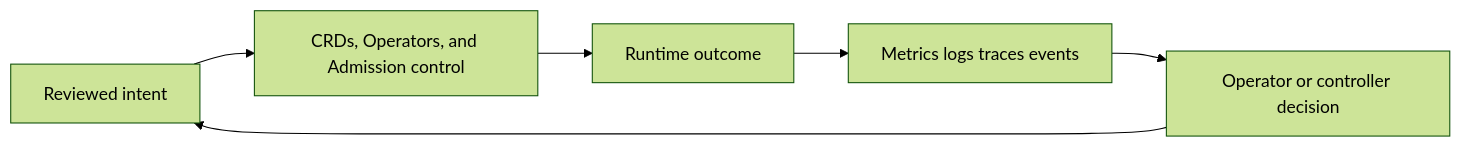
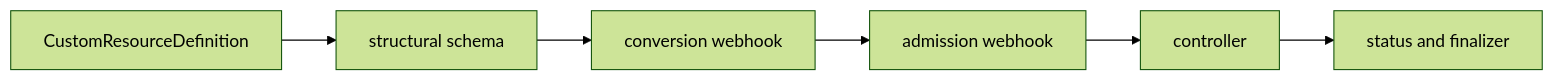
One commit to m1mohamad/devops-sre-prep changed the diagram in docs/study/kubernetes/07-crds-operators-and-admission.md. Above: the diagram before and after it, drawn with Mermaid (forest theme). The commit also changed other lines of this file and 61 other files, not shown here.

Commit message:
Replace generic architecture and study templates

````diff
--- a/docs/study/kubernetes/07-crds-operators-and-admission.md
+++ b/docs/study/kubernetes/07-crds-operators-and-admission.md
@@ -20,8 +15,4 @@
 ```mermaid
 flowchart LR
-  Intent[Reviewed intent] --> Control[CRDs, Operators, and Admission control]
-  Control --> Runtime[Runtime outcome]
-  Runtime --> Signals[Metrics logs traces events]
-  Signals --> Decision[Operator or controller decision]
-  Decision --> Intent
+  N0[CustomResourceDefinition] --> N1[structural schema] --> N2[conversion webhook] --> N3[admission webhook] --> N4[controller] --> N5[status and finalizer]
 ```
````
